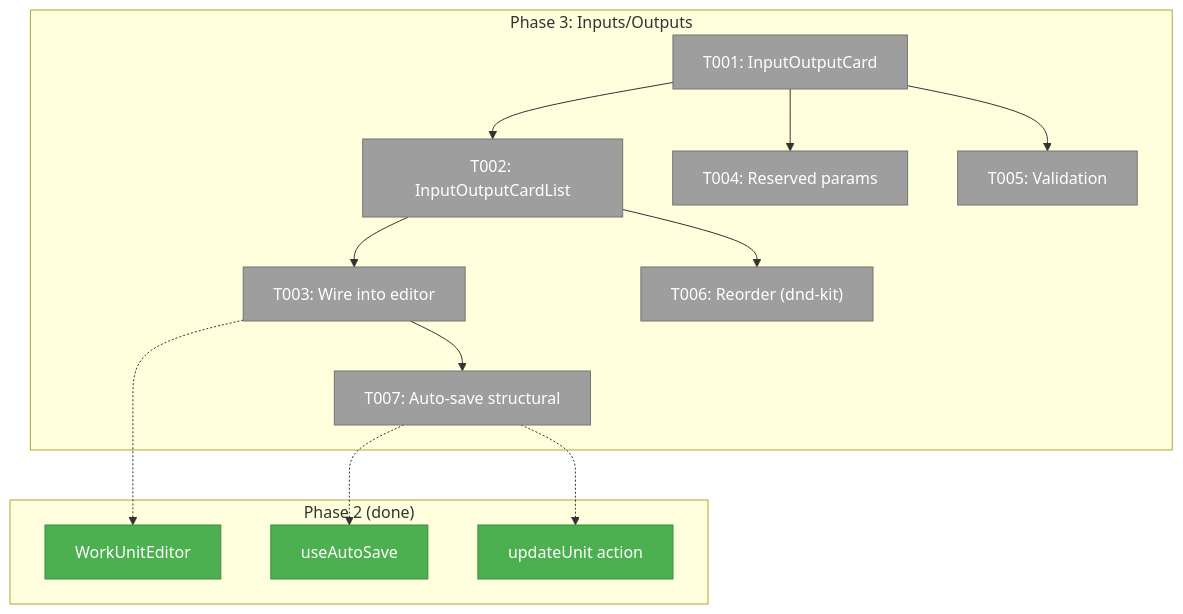
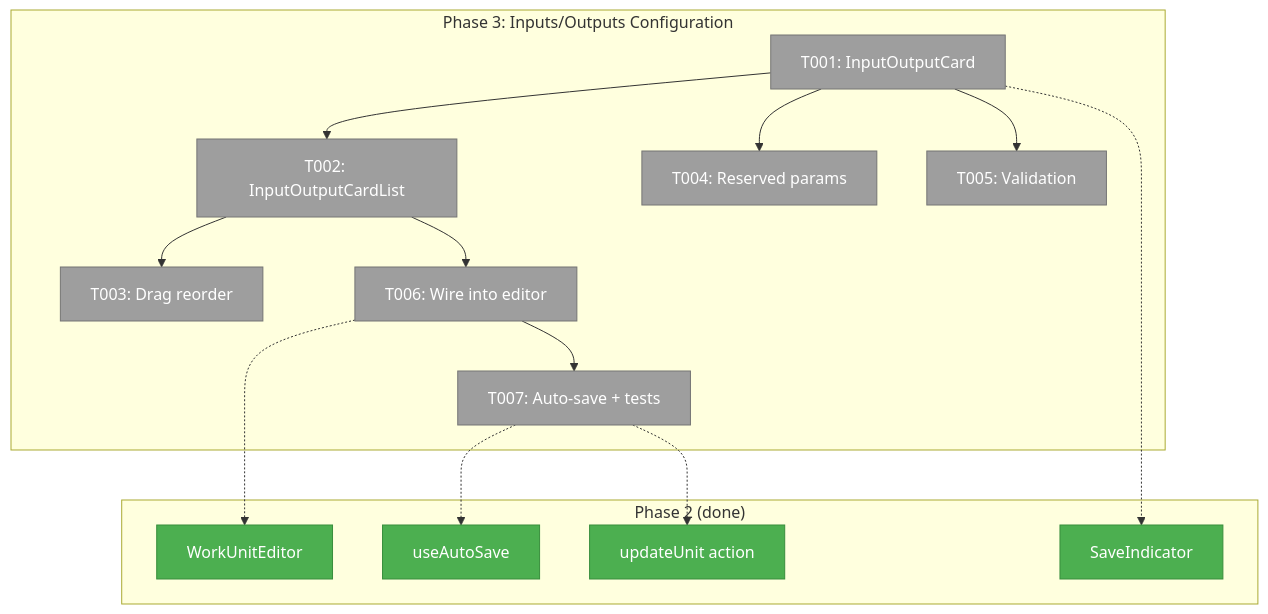
Before and after one commit to AI-Substrate/chainglass: the first of 3 diagrams in docs/plans/058-workunit-editor/tasks/phase-3-inputs-outputs-configuration/tasks.md, drawn with Mermaid. The commit also changed other lines of this file and 1 other file, not shown here.

First line of the commit message:
Plan 058 Phase 3: Regenerated task dossier for inputs/outputs configuration

````diff
--- a/docs/plans/058-workunit-editor/tasks/phase-3-inputs-outputs-configuration/tasks.md
+++ b/docs/plans/058-workunit-editor/tasks/phase-3-inputs-outputs-configuration/tasks.md
@@ -76,32 +71,34 @@
 ```mermaid
 flowchart TD
     classDef pending fill:#9E9E9E,stroke:#757575,color:#fff
     classDef phase2 fill:#4CAF50,stroke:#388E3C,color:#fff
 
-    subgraph Phase3["Phase 3: Inputs/Outputs"]
+    subgraph Phase3["Phase 3: Inputs/Outputs Configuration"]
         T001["T001: InputOutputCard"]:::pending
         T002["T002: InputOutputCardList"]:::pending
-        T003["T003: Wire into editor"]:::pending
+        T003["T003: Drag reorder"]:::pending
         T004["T004: Reserved params"]:::pending
         T005["T005: Validation"]:::pending
-        T006["T006: Reorder (dnd-kit)"]:::pending
-        T007["T007: Auto-save structural"]:::pending
+        T006["T006: Wire into editor"]:::pending
+        T007["T007: Auto-save + tests"]:::pending
 
         T001 --> T002
         T002 --> T003
         T001 --> T004
         T001 --> T005
         T002 --> T006
-        T003 --> T007
+        T006 --> T007
     end
 
     subgraph Phase2Done["Phase 2 (done)"]
         WUE["WorkUnitEditor"]:::phase2
         USA["useAutoSave"]:::phase2
         ACT["updateUnit action"]:::phase2
+        SI["SaveIndicator"]:::phase2
     end
 
-    T003 -.-> WUE
+    T006 -.-> WUE
     T007 -.-> USA
     T007 -.-> ACT
+    T001 -.-> SI
 ```
````
